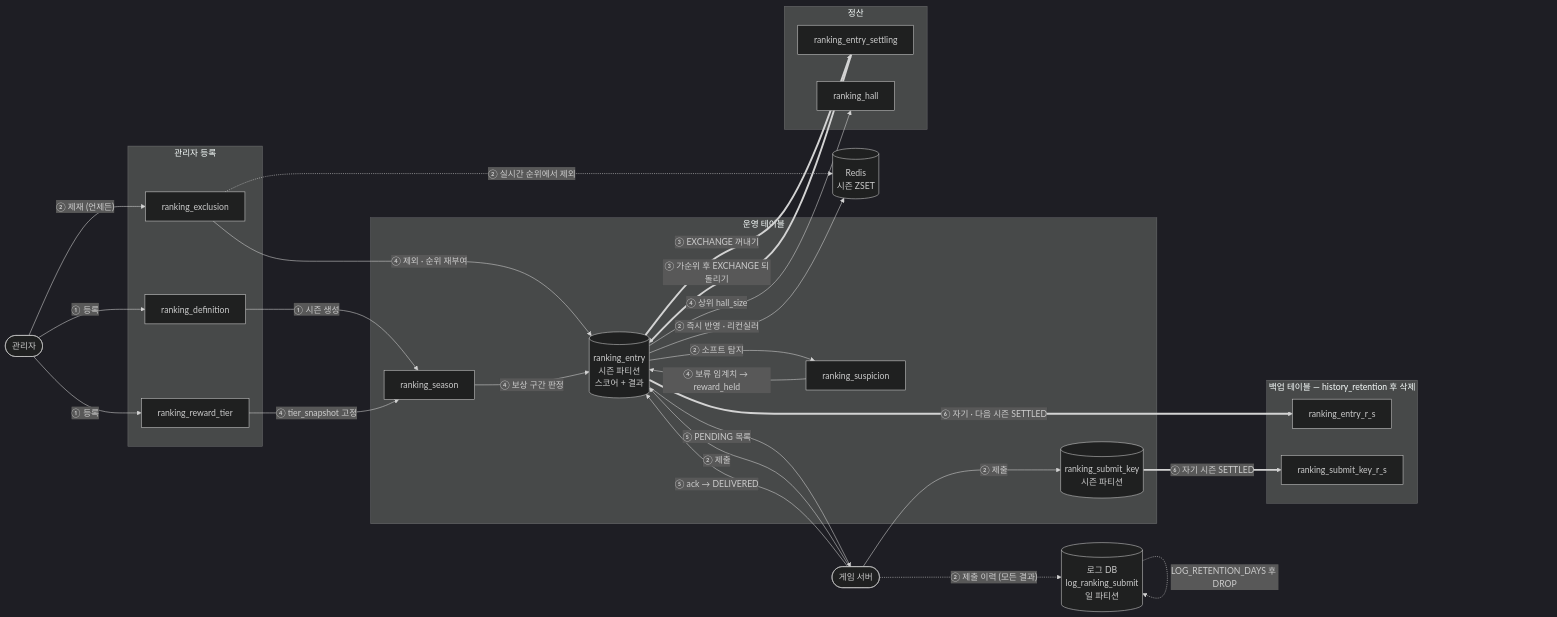
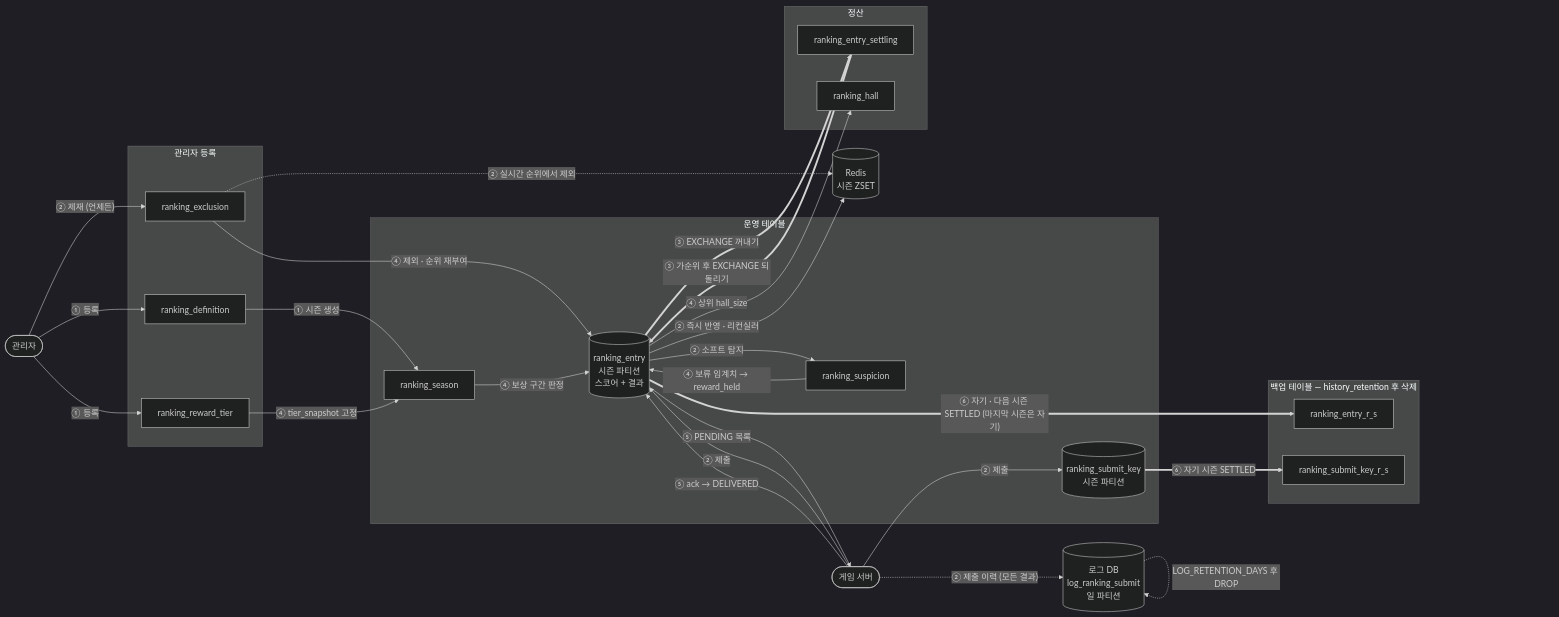
Before and after one commit to trisakion0500/podium-de: the fifth of 6 diagrams in docs/04_SCHEMA.md, drawn with Mermaid (dark theme). The commit also changed other lines of this file and 18 other files, not shown here.

````diff
--- a/docs/04_SCHEMA.md
+++ b/docs/04_SCHEMA.md
@@ -236,52 +236,52 @@
 ```mermaid
 flowchart LR
     GM([관리자])
     GS([게임 서버])
 
     subgraph ADMIN[관리자 등록]
         DEF[ranking_definition]
         TIER[ranking_reward_tier]
         EXC[ranking_exclusion]
     end
 
     subgraph LIVE[운영 테이블]
         SEA[ranking_season]
         KEY[("ranking_submit_key<br/>시즌 파티션")]
         ENT[("ranking_entry<br/>시즌 파티션<br/>스코어 + 결과")]
         SUS[ranking_suspicion]
     end
 
     RD[("Redis<br/>시즌 ZSET")]
     SLOG[("로그 DB<br/>log_ranking_submit<br/>일 파티션")]
 
     subgraph RESULT[정산]
         STL[ranking_entry_settling]
         HALL[ranking_hall]
     end
 
     subgraph BACKUP[백업 테이블 — history_retention 후 삭제]
         EB[ranking_entry_r_s]
         KB[ranking_submit_key_r_s]
     end
 
     GM -- "① 등록" --> DEF & TIER
     DEF -- "① 시즌 생성" --> SEA
     GS -- "② 제출" --> KEY & ENT
     GS -. "② 제출 이력 (모든 결과)" .-> SLOG
     SLOG -. "LOG_RETENTION_DAYS 후 DROP" .-> SLOG
     ENT -- "② 즉시 반영 · 리컨실러" --> RD
     ENT -- "② 소프트 탐지" --> SUS
     GM -- "② 제재 (언제든)" --> EXC
     EXC -. "② 실시간 순위에서 제외" .-> RD
     ENT == "③ EXCHANGE 꺼내기" ==> STL
     STL == "③ 가순위 후 EXCHANGE 되돌리기" ==> ENT
     TIER -- "④ tier_snapshot 고정" --> SEA
     EXC -- "④ 제외 · 순위 재부여" --> ENT
     SEA -- "④ 보상 구간 판정" --> ENT
     SUS -- "④ 보류 임계치 → reward_held" --> ENT
     ENT -- "④ 상위 hall_size" --> HALL
     ENT -- "⑤ PENDING 목록" --> GS
     GS -- "⑤ ack → DELIVERED" --> ENT
     KEY == "⑥ 자기 시즌 SETTLED" ==> KB
-    ENT == "⑥ 자기 · 다음 시즌 SETTLED" ==> EB
+    ENT == "⑥ 자기 · 다음 시즌 SETTLED (마지막 시즌은 자기)" ==> EB
 ```
````
